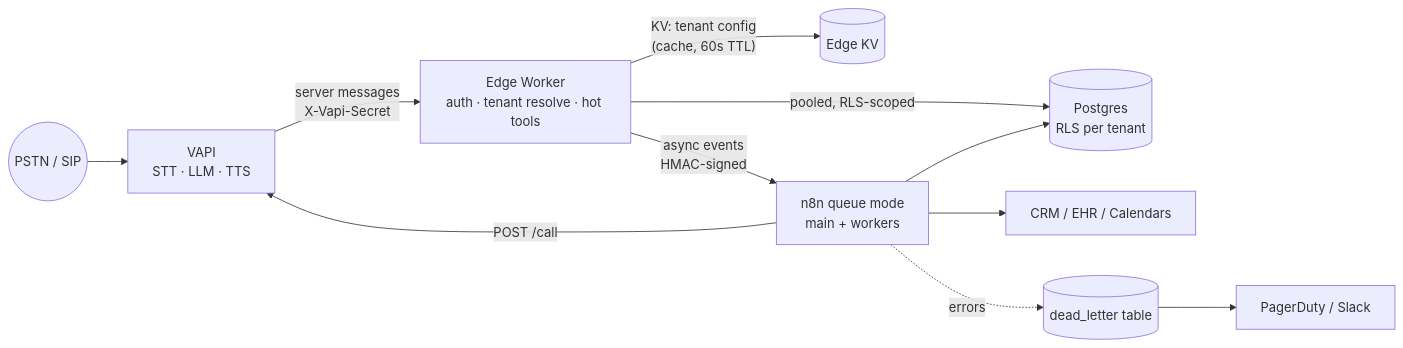
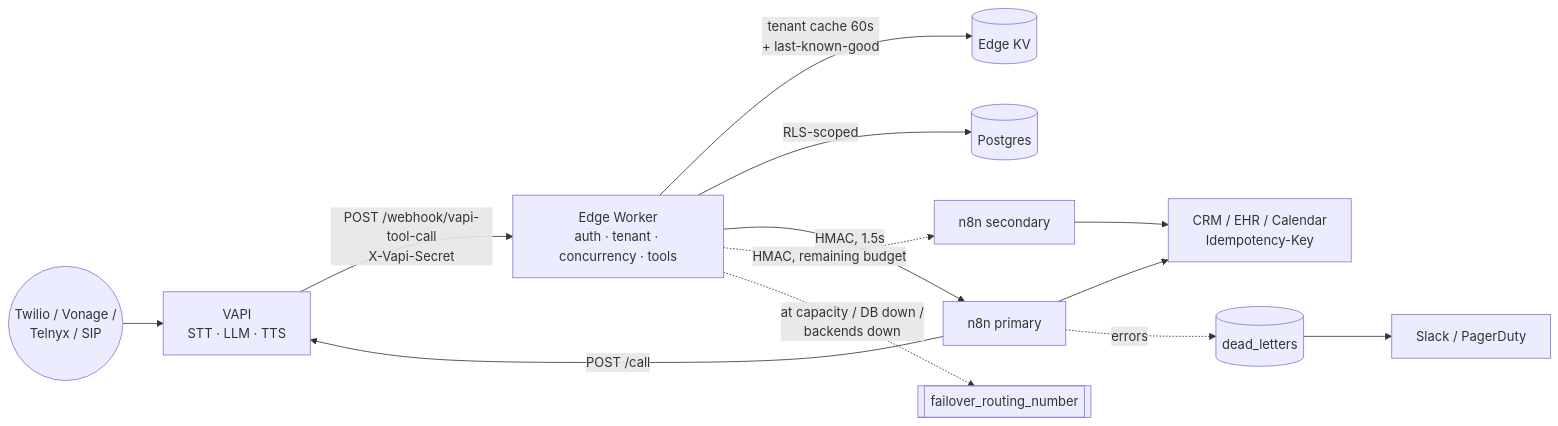
The diagram in voice-ai-platform/README.md (Nionhoq/nionhoq.github.io), drawn with Mermaid before and after one commit. The commit also changed other lines of this file and 21 other files, not shown here.

````diff
--- a/voice-ai-platform/README.md
+++ b/voice-ai-platform/README.md
@@ -47,12 +59,13 @@
 ```mermaid
 flowchart LR
-  PSTN((PSTN / SIP)) --> VAPI[VAPI<br/>STT · LLM · TTS]
-  VAPI -- "server messages<br/>X-Vapi-Secret" --> EDGE[Edge Worker<br/>auth · tenant resolve · hot tools]
-  EDGE -- "KV: tenant config<br/>(cache, 60s TTL)" --> KV[(Edge KV)]
-  EDGE -- "pooled, RLS-scoped" --> PG[(Postgres<br/>RLS per tenant)]
-  EDGE -- "async events<br/>HMAC-signed" --> N8N[n8n queue mode<br/>main + workers]
-  N8N --> PG
-  N8N --> CRM[CRM / EHR / Calendars]
-  N8N -- "POST /call" --> VAPI
-  N8N -. errors .-> DLQ[(dead_letter table)] --> ALERT[PagerDuty / Slack]
+  CARRIER((Twilio / Vonage /<br/>Telnyx / SIP)) --> VAPI[VAPI<br/>STT · LLM · TTS]
+  VAPI -- "POST /webhook/vapi-tool-call<br/>X-Vapi-Secret" --> EDGE[Edge Worker<br/>auth · tenant · concurrency · tools]
+  EDGE -- "tenant cache 60s<br/>+ last-known-good" --> KV[(Edge KV)]
+  EDGE -- "RLS-scoped" --> PG[(Postgres)]
+  EDGE -- "HMAC, 1.5s" --> N8N1[n8n primary]
+  EDGE -. "HMAC, remaining budget" .-> N8N2[n8n secondary]
+  N8N1 & N8N2 --> SOR[CRM / EHR / Calendar<br/>Idempotency-Key]
+  EDGE -. "at capacity / DB down /<br/>backends down" .-> HUMAN[[failover_routing_number]]
+  N8N1 -- "POST /call" --> VAPI
+  N8N1 -. errors .-> DLQ[(dead_letters)] --> ALERT[Slack / PagerDuty]
 ```
````
